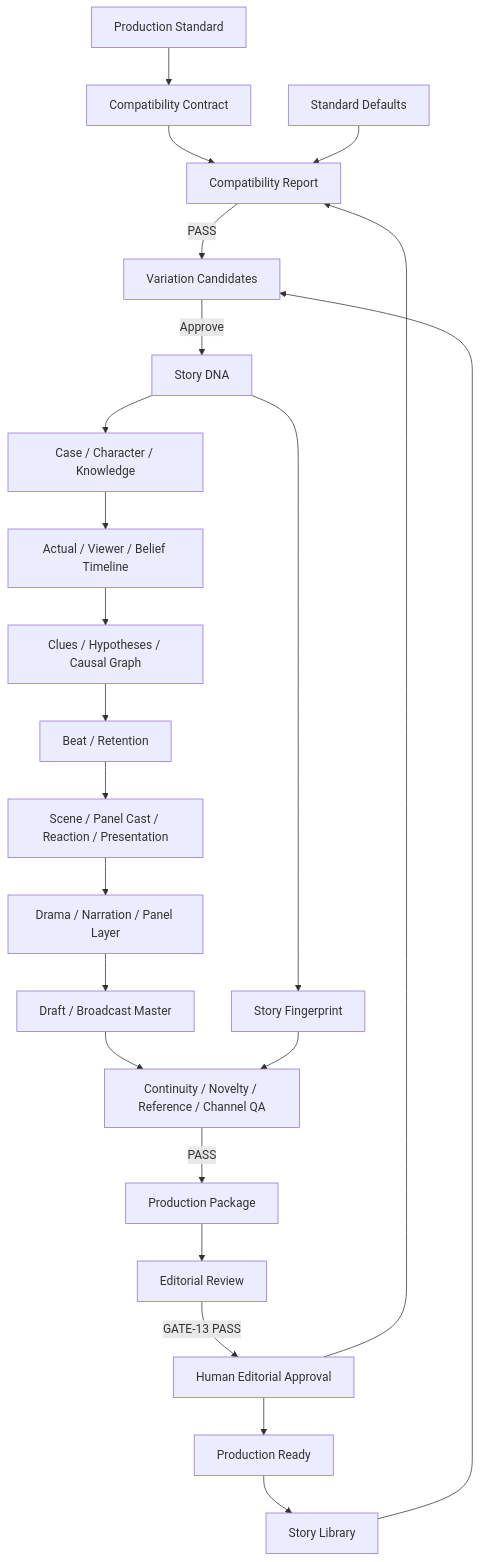
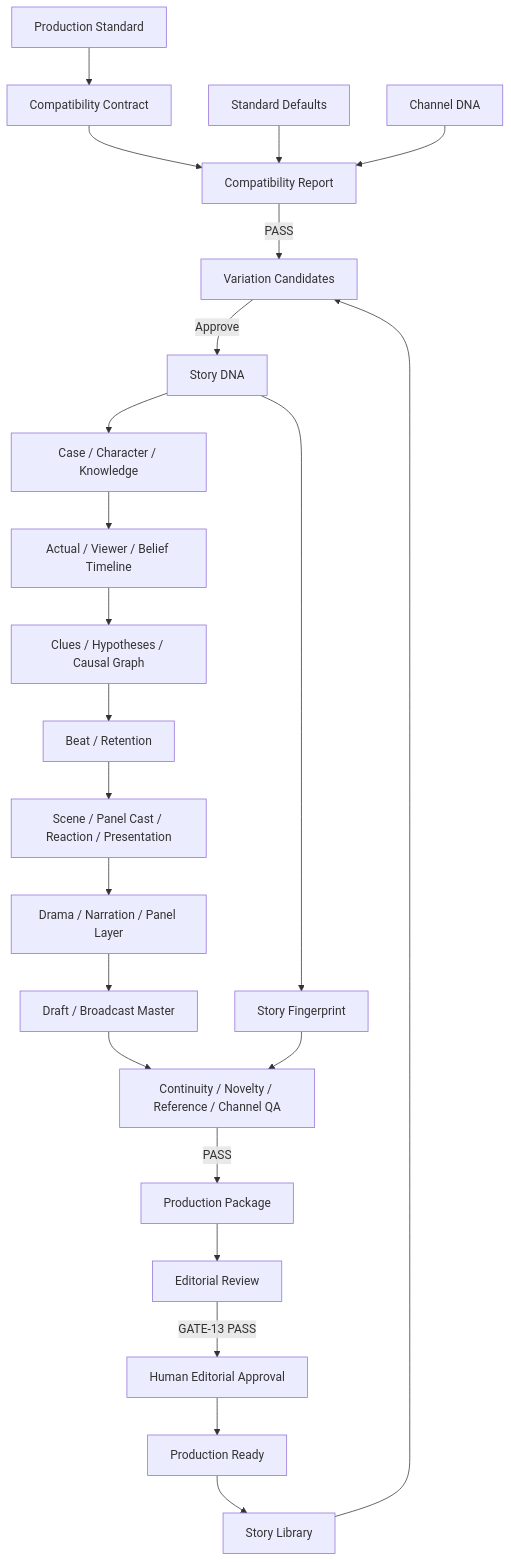
Before and after one commit to zzocojoa/mystery-starter-kit: the first of 3 diagrams in docs/01-plan/erd.md, drawn with Mermaid. The commit also changed 27 other files, not shown here.

````diff
--- a/docs/01-plan/erd.md
+++ b/docs/01-plan/erd.md
@@ -3,25 +3,25 @@
 ```mermaid
 flowchart TD
     S[Production Standard] --> C[Compatibility Contract]
     C --> R[Compatibility Report]
     D[Standard Defaults] --> R
-    H[Channel DNA] --> R
+    CD[Channel DNA] --> R
     R -->|PASS| V[Variation Candidates]
     L[Story Library] --> V
     V -->|Approve| T[Story DNA]
     T --> F[Story Fingerprint]
     T --> K[Case / Character / Knowledge]
     K --> M[Actual / Viewer / Belief Timeline]
     M --> Q[Clues / Hypotheses / Causal Graph]
     Q --> B[Beat / Retention]
     B --> N[Scene / Panel Cast / Reaction / Presentation]
     N --> X[Drama / Narration / Panel Layer]
     X --> Y[Draft / Broadcast Master]
     Y --> A[Continuity / Novelty / Reference / Channel QA]
     F --> A
     A -->|PASS| P[Production Package]
     P --> E[Editorial Review]
-    E -->|GATE-13 PASS| H[Human Editorial Approval]
-    H --> Z[Production Ready]
+    E -->|GATE-13 PASS| HE[Human Editorial Approval]
+    HE --> Z[Production Ready]
     Z --> L
 ```
````
